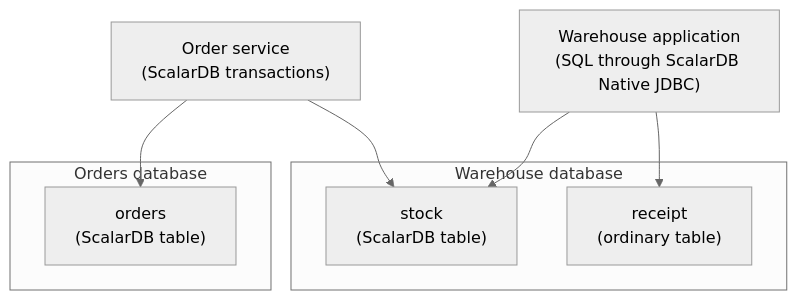
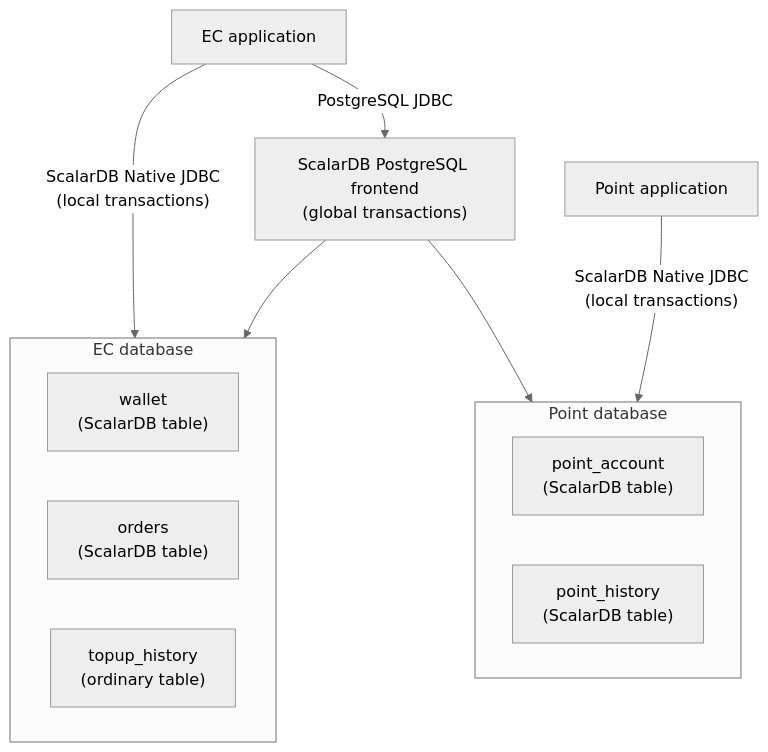
The diagram in docs/getting-started.md (scalar-labs/scalardb-native-jdbc), drawn with Mermaid (neutral theme) before and after one commit. The commit also changed other lines of this file and 19 other files, not shown here.

First line of the commit message:
Replace the getting-started story with an EC wallet and a point system

````diff
--- a/docs/getting-started.md
+++ b/docs/getting-started.md
@@ -23,16 +34,20 @@
 ```mermaid
 flowchart TB
-  orderService["Order service<br/>(ScalarDB transactions)"]
-  warehouseApp["Warehouse application<br/>(SQL through ScalarDB Native JDBC)"]
-  subgraph ordersDb["Orders database"]
+  ecApp["EC application"]
+  pointApp["Point application"]
+  frontend["ScalarDB PostgreSQL frontend<br/>(global transactions)"]
+  subgraph ecDb["EC database"]
+    wallet["wallet<br/>(ScalarDB table)"]
     orders["orders<br/>(ScalarDB table)"]
+    topup["topup_history<br/>(ordinary table)"]
   end
-  subgraph warehouseDb["Warehouse database"]
-    stock["stock<br/>(ScalarDB table)"]
-    receipt["receipt<br/>(ordinary table)"]
+  subgraph pointDb["Point database"]
+    account["point_account<br/>(ScalarDB table)"]
+    history["point_history<br/>(ScalarDB table)"]
   end
-  orderService --> orders
-  orderService --> stock
-  warehouseApp --> stock
-  warehouseApp --> receipt
+  ecApp -- "ScalarDB Native JDBC<br/>(local transactions)" --> ecDb
+  ecApp -- "PostgreSQL JDBC" --> frontend
+  frontend --> ecDb
+  frontend --> pointDb
+  pointApp -- "ScalarDB Native JDBC<br/>(local transactions)" --> pointDb
 ```
````
